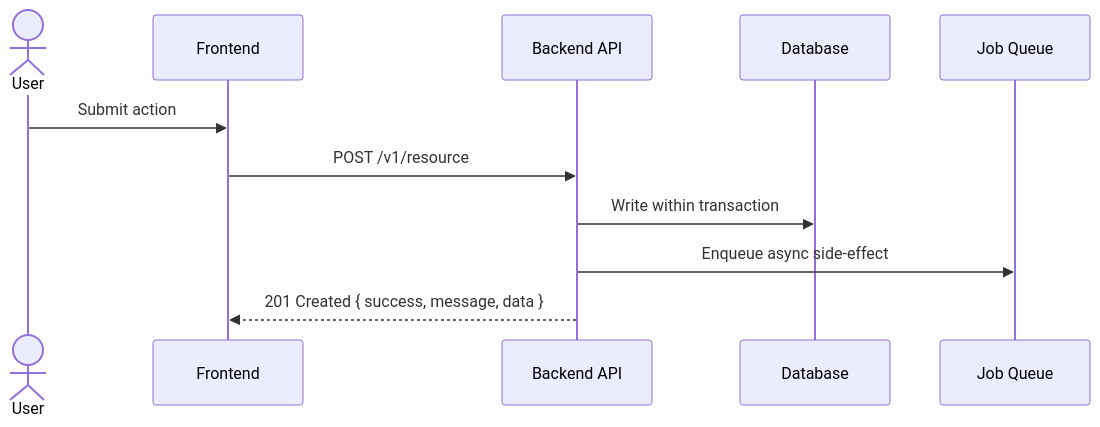
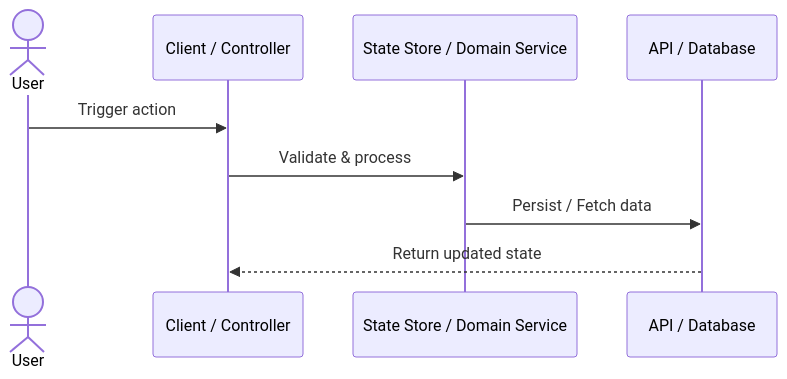
Before and after one commit to NIKHILENIGMA/skills: the fifth of 5 diagrams in skills/product-planner/references/doc-templates.md, drawn with Mermaid. The commit also changed other lines of this file and 4 other files, not shown here.

````diff
--- a/skills/product-planner/references/doc-templates.md
+++ b/skills/product-planner/references/doc-templates.md
@@ -74,13 +198,11 @@
 ```mermaid
 sequenceDiagram
   actor User
-  participant Web as Frontend
-  participant API as Backend API
-  participant DB as Database
-  participant Queue as Job Queue
-  User->>Web: Submit action
-  Web->>API: POST /v1/resource
-  API->>DB: Write within transaction
-  API->>Queue: Enqueue async side-effect
-  API-->>Web: 201 Created { success, message, data }
+  participant App as Client / Controller
+  participant Core as State Store / Domain Service
+  participant Source as API / Database
+  User->>App: Trigger action
+  App->>Core: Validate & process
+  Core->>Source: Persist / Fetch data
+  Source-->>App: Return updated state
 ```
````
